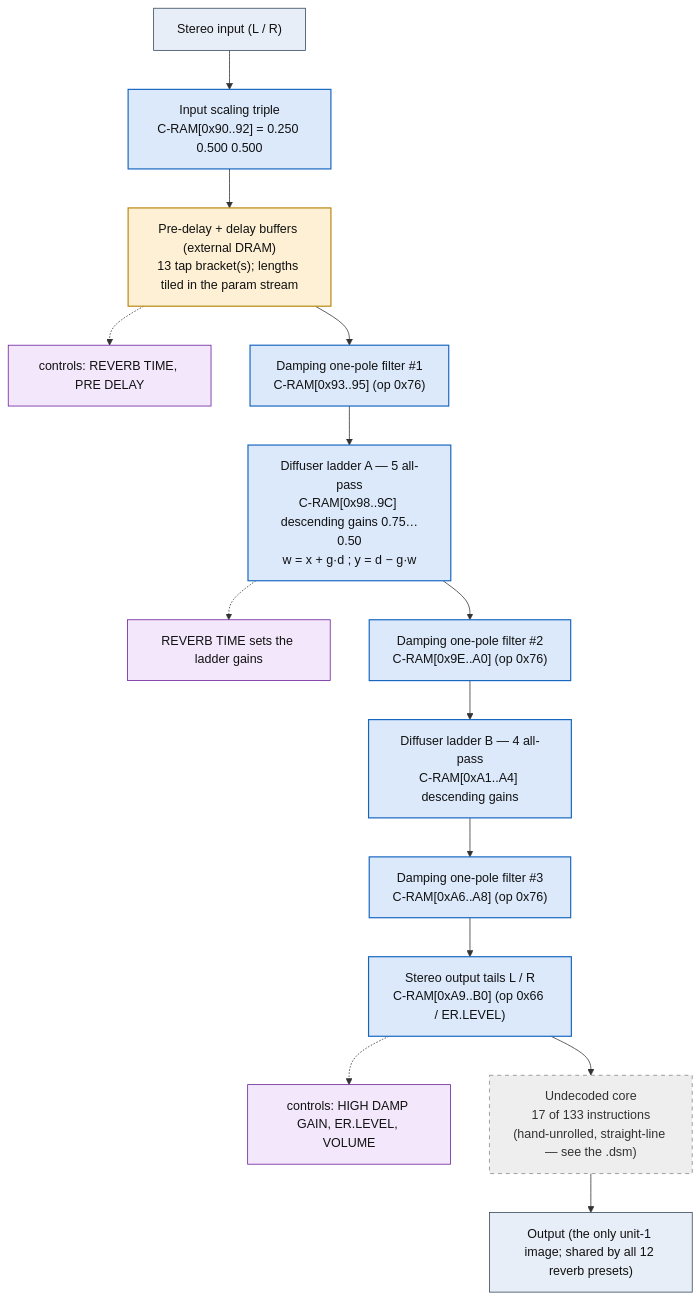
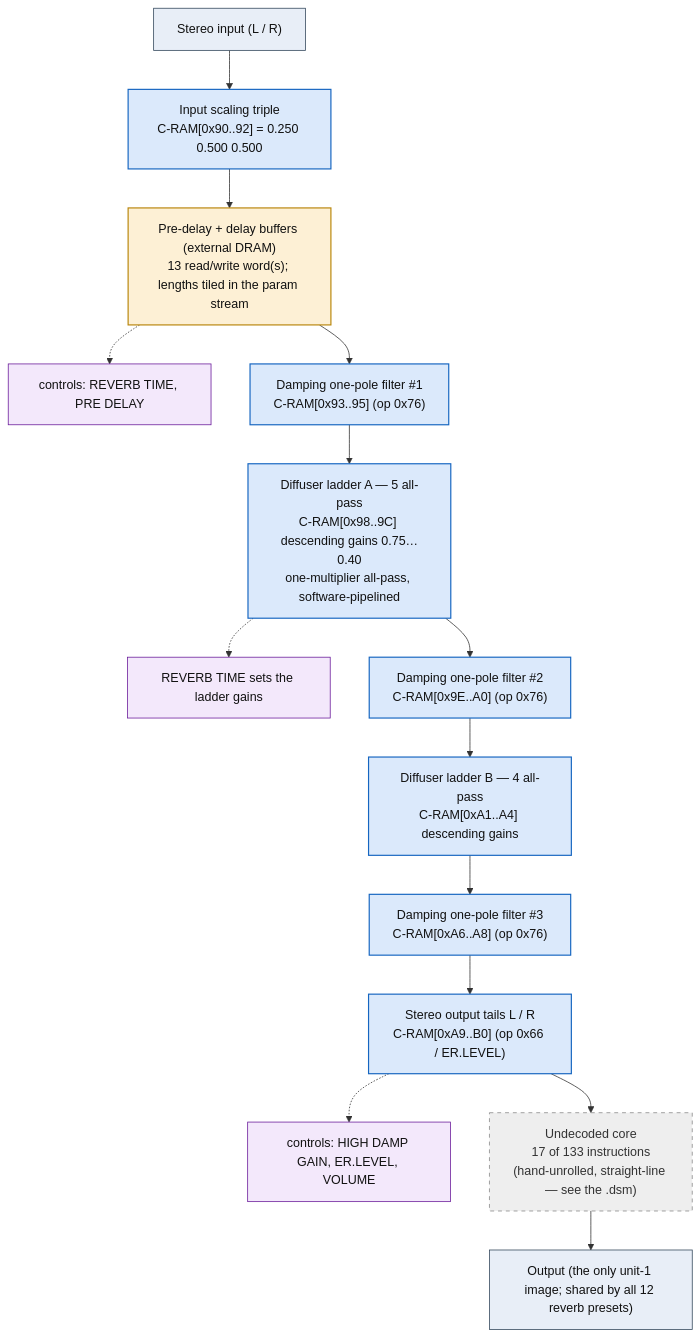
The diagram in dsp/flowcharts/prog16_room_reverb_1.md (ArqueologiaDigital/kn5000-roms-disasm), drawn with Mermaid before and after one commit. The commit also changed other lines of this file and 86 other files, not shown here.

````diff
--- a/dsp/flowcharts/prog16_room_reverb_1.md
+++ b/dsp/flowcharts/prog16_room_reverb_1.md
@@ -12,42 +12,42 @@
 ```mermaid
 flowchart TD
     N0["Stereo input (L / R)"]
     N1["Input scaling triple<br/>C-RAM[0x90..92] = 0.250 0.500 0.500"]
     N0 --> N1
-    N2["Pre-delay + delay buffers (external DRAM)<br/>13 tap bracket(s); lengths tiled in the param stream"]
+    N2["Pre-delay + delay buffers (external DRAM)<br/>13 read/write word(s); lengths tiled in the param stream"]
     N1 --> N2
     N3["controls: REVERB TIME, PRE DELAY"]
     N2 -.-> N3
     N4["Damping one-pole filter #1<br/>C-RAM[0x93..95] (op 0x76)"]
     N2 --> N4
-    N5["Diffuser ladder A &mdash; 5 all-pass<br/>C-RAM[0x98..9C] descending gains 0.75&hellip;0.50<br/>w = x + g&middot;d ; y = d &minus; g&middot;w"]
+    N5["Diffuser ladder A &mdash; 5 all-pass<br/>C-RAM[0x98..9C] descending gains 0.75&hellip;0.40<br/>one-multiplier all-pass, software-pipelined"]
     N4 --> N5
     N6["REVERB TIME sets the ladder gains"]
     N5 -.-> N6
     N7["Damping one-pole filter #2<br/>C-RAM[0x9E..A0] (op 0x76)"]
     N5 --> N7
     N8["Diffuser ladder B &mdash; 4 all-pass<br/>C-RAM[0xA1..A4] descending gains"]
     N7 --> N8
     N9["Damping one-pole filter #3<br/>C-RAM[0xA6..A8] (op 0x76)"]
     N8 --> N9
     N10["Stereo output tails L / R<br/>C-RAM[0xA9..B0] (op 0x66 / ER.LEVEL)"]
     N9 --> N10
     N11["controls: HIGH DAMP GAIN, ER.LEVEL, VOLUME"]
     N10 -.-> N11
     N12["Undecoded core<br/>17 of 133 instructions<br/>(hand-unrolled, straight-line &mdash; see the .dsm)"]
     N10 --> N12
     N13["Output (the only unit-1 image; shared by all 12 reverb presets)"]
     N12 --> N13
 
     classDef io fill:#e8eef7,stroke:#33475b,stroke-width:1px,color:#111;
     classDef proven fill:#d7f0d7,stroke:#2e7d32,stroke-width:2px,color:#111;
     classDef measured fill:#dbe9fb,stroke:#1565c0,stroke-width:1.5px,color:#111;
     classDef inferred fill:#fdf0d5,stroke:#b8860b,stroke-width:1.5px,color:#111;
     classDef open fill:#eeeeee,stroke:#888,stroke-width:1px,color:#333,stroke-dasharray:5 5;
     classDef ctrl fill:#f3e8fb,stroke:#6a1b9a,stroke-width:1px,color:#111;
     class N0,N13 io;
     class N1,N4,N5,N7,N8,N9,N10 measured;
     class N2 inferred;
     class N3,N6,N11 ctrl;
     class N12 open;
 ```
````
